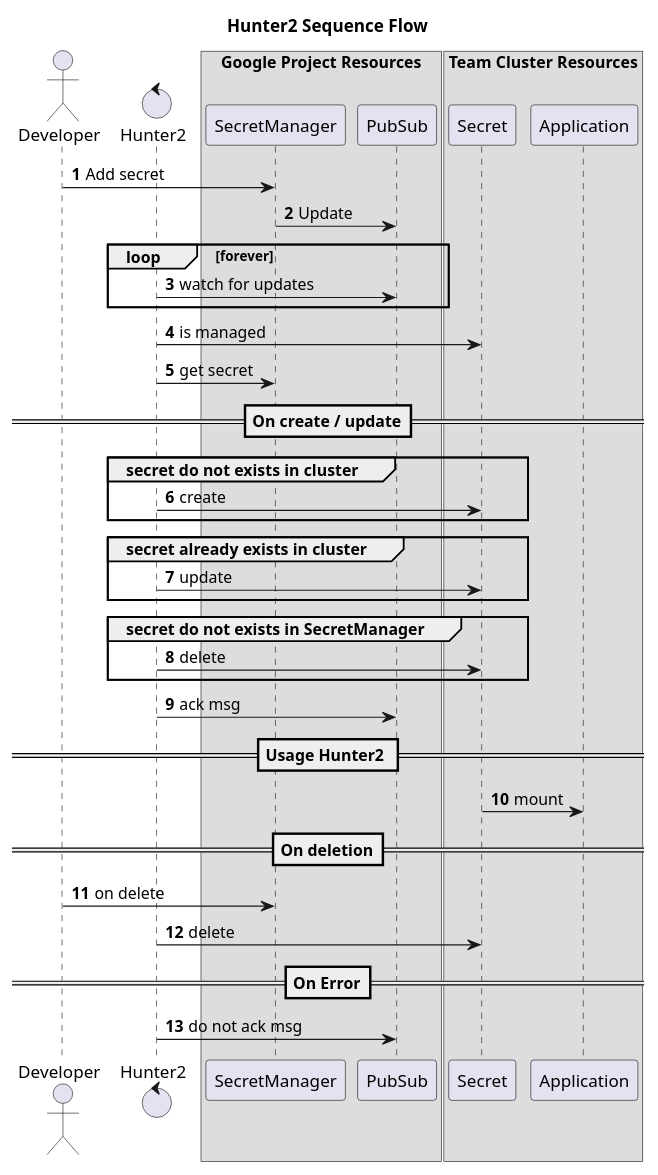
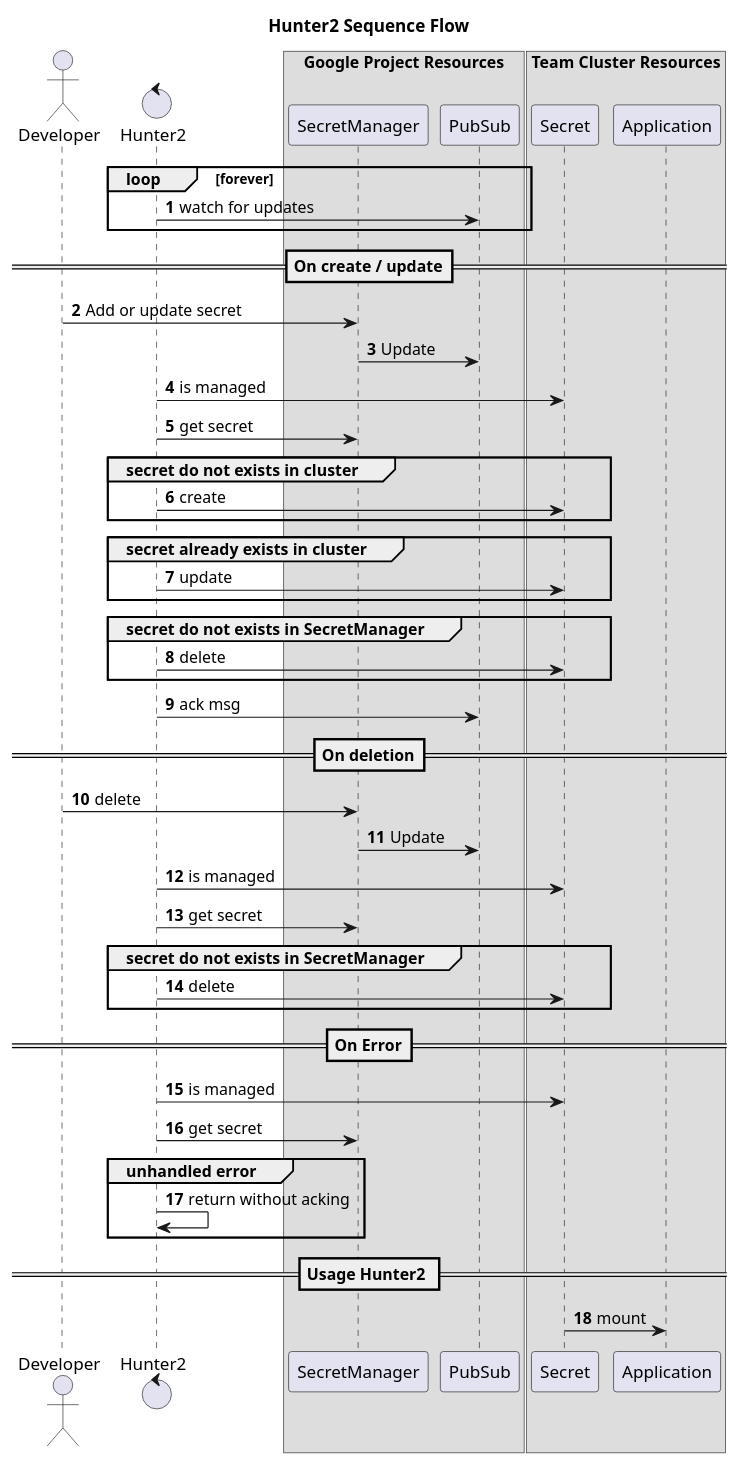
Before and after one commit to nais/hunter2: the diagram in docs/sequence.puml, drawn with PlantUML. The commit also changed 1 other file, not shown here.

Commit message:
update: sequence docs

```diff
--- a/docs/sequence.puml
+++ b/docs/sequence.puml
@@ -1,56 +1,66 @@
 @startuml component
 title Hunter2 Sequence Flow
 skinparam maxMessageSize 300
 autonumber
 
 actor developer as "Developer"
 control hunter as "Hunter2"
 
 box "Google Project Resources"
 participant SecretManager
 participant PubSub
 end box
 
 box "Team Cluster Resources"
 participant Secret
 participant Application
 end box
 
-developer -> SecretManager: Add secret
-SecretManager -> PubSub: Update
-
 loop forever
 	hunter -> PubSub: watch for updates
 end
 
+==On create / update==
+
+developer -> SecretManager: Add or update secret
+SecretManager -> PubSub: Update
 hunter -> Secret: is managed
 hunter -> SecretManager: get secret
-
-==On create / update==
 
 group secret do not exists in cluster
     hunter -> Secret: create
 end
 
 group secret already exists in cluster
     hunter -> Secret: update
 end
 
 group secret do not exists in SecretManager
     hunter -> Secret: delete
 end
 
 hunter -> PubSub: ack msg
 
+==On deletion==
+    developer -> SecretManager: delete
+    SecretManager -> PubSub: Update
+    hunter -> Secret: is managed
+    hunter -> SecretManager: get secret
+
+group secret do not exists in SecretManager
+      hunter -> Secret: delete
+end
+
+==On Error==
+hunter -> Secret: is managed
+hunter -> SecretManager: get secret
+
+group unhandled error
+    hunter -> hunter: return without acking
+end
+
 == Usage Hunter2 ==
 
 Secret -> Application: mount
 
-==On deletion==
-    developer -> SecretManager: on delete
-    hunter -> Secret: delete
-
-==On Error==
-    hunter -> PubSub: do not ack msg
-
 @enduml
```
